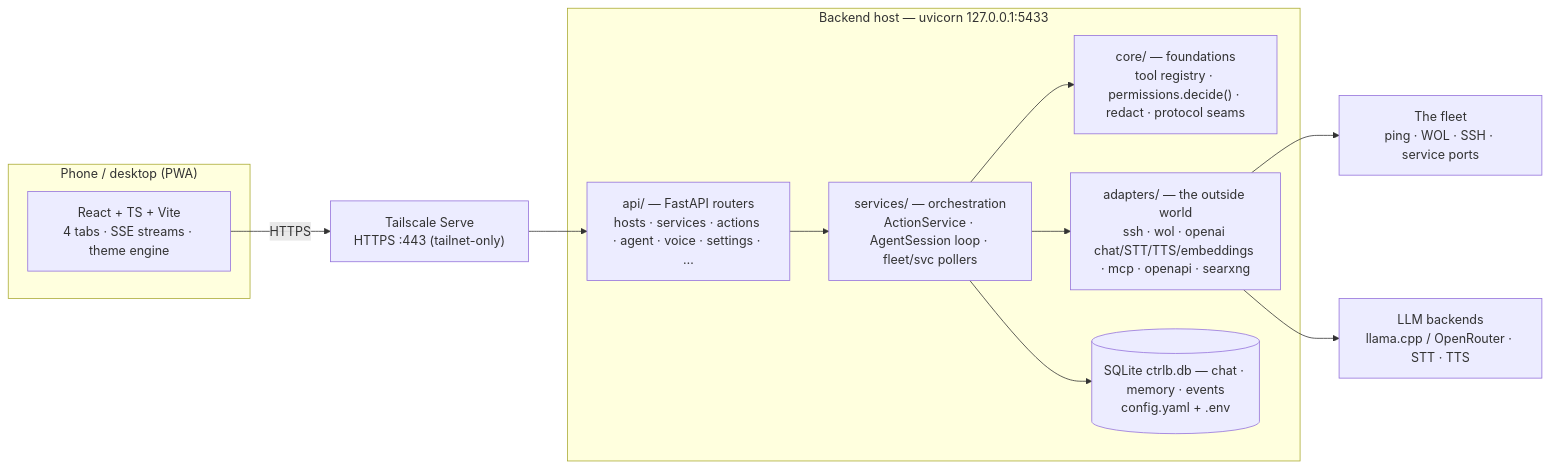
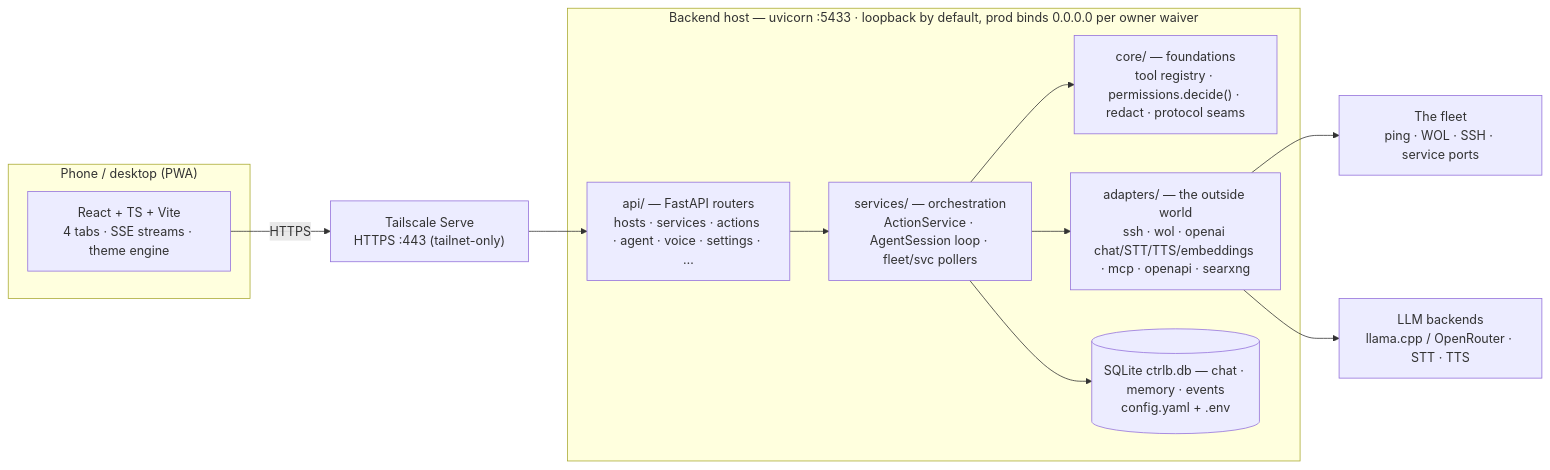
Before and after one commit to nengoxx/ctrl-b: the diagram in README.md, drawn with Mermaid. The commit also changed other lines of this file and 17 other files, not shown here.

````diff
--- a/README.md
+++ b/README.md
@@ -59,23 +59,23 @@
 ```mermaid
 flowchart LR
     subgraph client["Phone / desktop (PWA)"]
         UI["React + TS + Vite<br/>4 tabs · SSE streams · theme engine"]
     end
     TS["Tailscale Serve<br/>HTTPS :443 (tailnet-only)"]
-    subgraph server["Backend host — uvicorn 127.0.0.1:5433"]
+    subgraph server["Backend host — uvicorn :5433 · loopback by default, prod binds 0.0.0.0 per owner waiver"]
         API["api/ — FastAPI routers<br/>hosts · services · actions · agent · voice · settings · …"]
         SVC["services/ — orchestration<br/>ActionService · AgentSession loop · fleet/svc pollers"]
         CORE["core/ — foundations<br/>tool registry · permissions.decide() · redact · protocol seams"]
         ADP["adapters/ — the outside world<br/>ssh · wol · openai chat/STT/TTS/embeddings · mcp · openapi · searxng"]
         DATA[("SQLite ctrlb.db — chat · memory · events<br/>config.yaml + .env")]
     end
     FLEET["The fleet<br/>ping · WOL · SSH · service ports"]
     LLM["LLM backends<br/>llama.cpp / OpenRouter · STT · TTS"]
 
     UI -->|HTTPS| TS --> API
     API --> SVC --> CORE
     SVC --> ADP
     SVC --> DATA
     ADP --> FLEET
     ADP --> LLM
 ```
````
